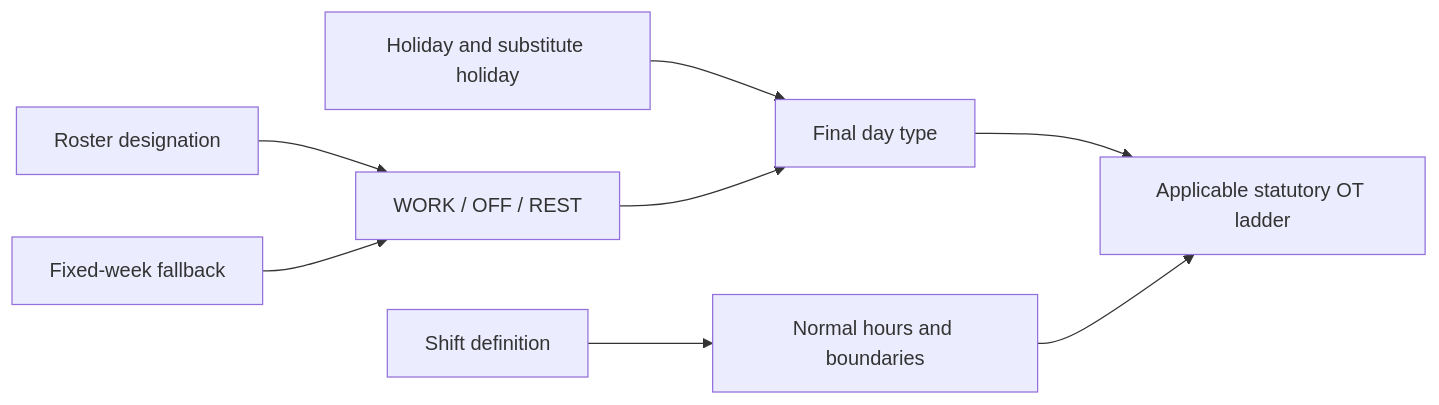
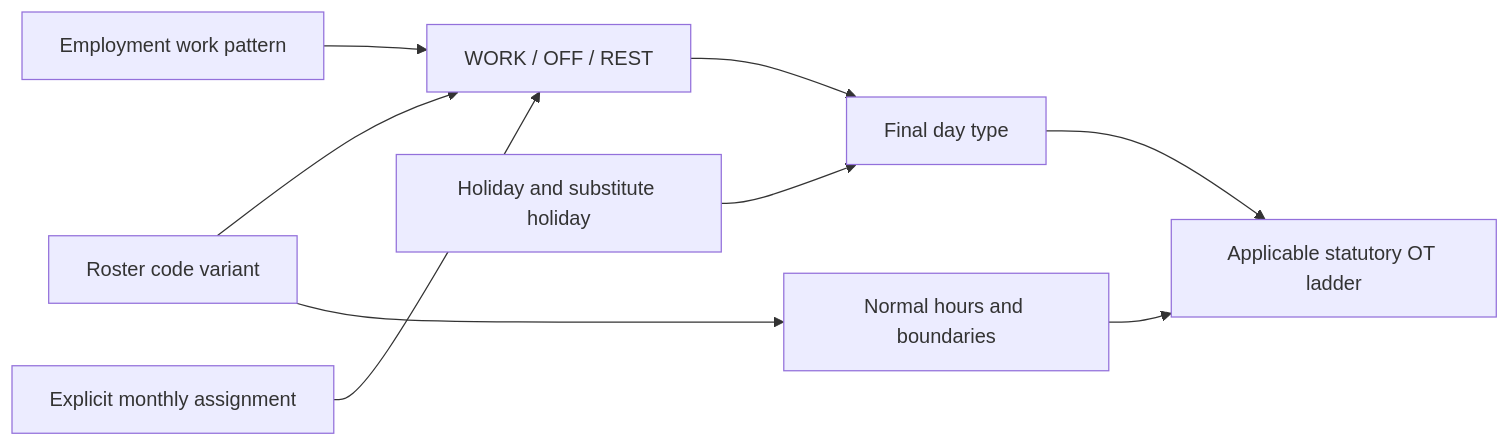
The second of 4 diagrams in hr-payroll/docs/architecture.md (norbital-ai/templates), drawn with Mermaid before and after one commit. The commit also changed other lines of this file and 75 other files, not shown here.

````diff
--- a/hr-payroll/docs/architecture.md
+++ b/hr-payroll/docs/architecture.md
@@ -183,10 +183,11 @@
 ```mermaid
 flowchart LR
-  R["Roster designation"] --> D["WORK / OFF / REST"]
-  F["Fixed-week fallback"] --> D
+  C["Roster code variant"] --> D["WORK / OFF / REST"]
+  P["Employment work pattern"] --> D
+  R["Explicit monthly assignment"] --> D
   H["Holiday and substitute holiday"] --> T["Final day type"]
   D --> T
-  S["Shift definition"] --> A["Normal hours and boundaries"]
+  C --> A["Normal hours and boundaries"]
   T --> O["Applicable statutory OT ladder"]
   A --> O
 ```
````
